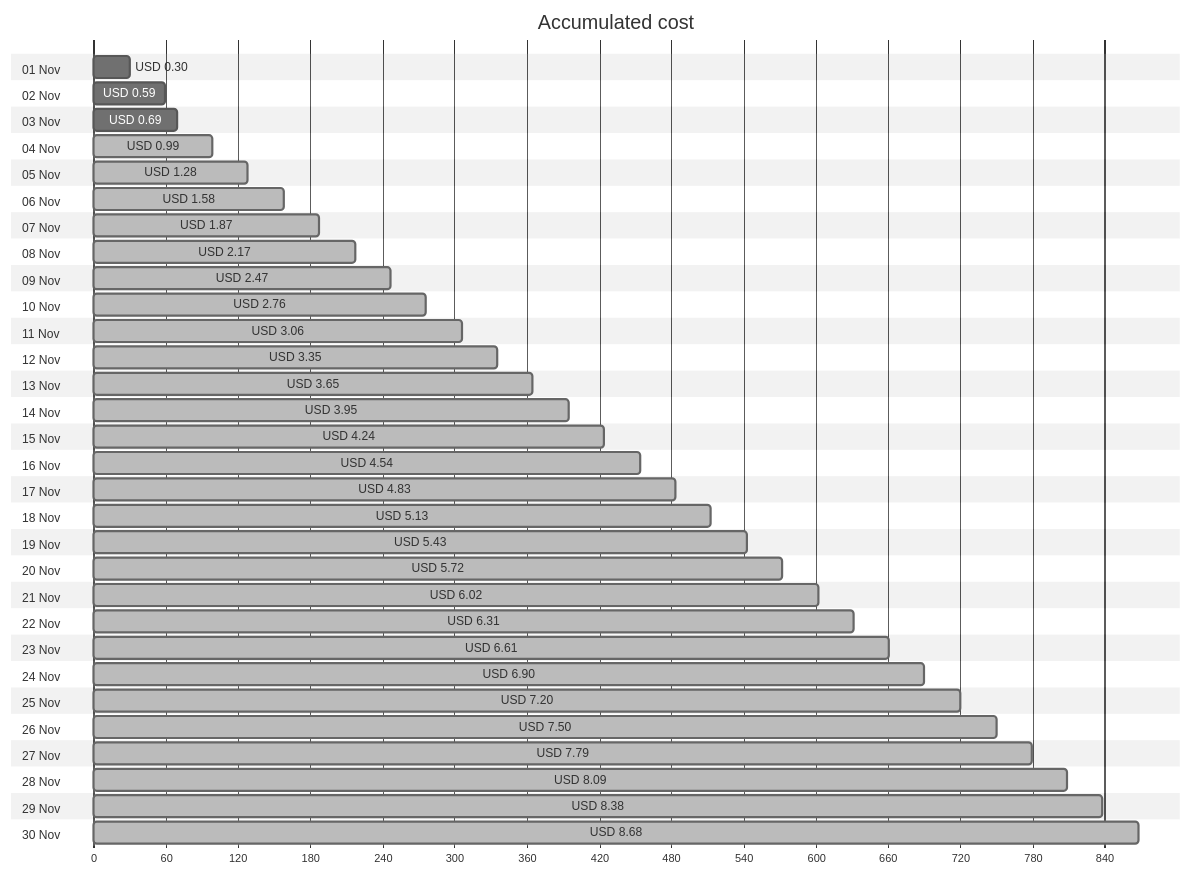
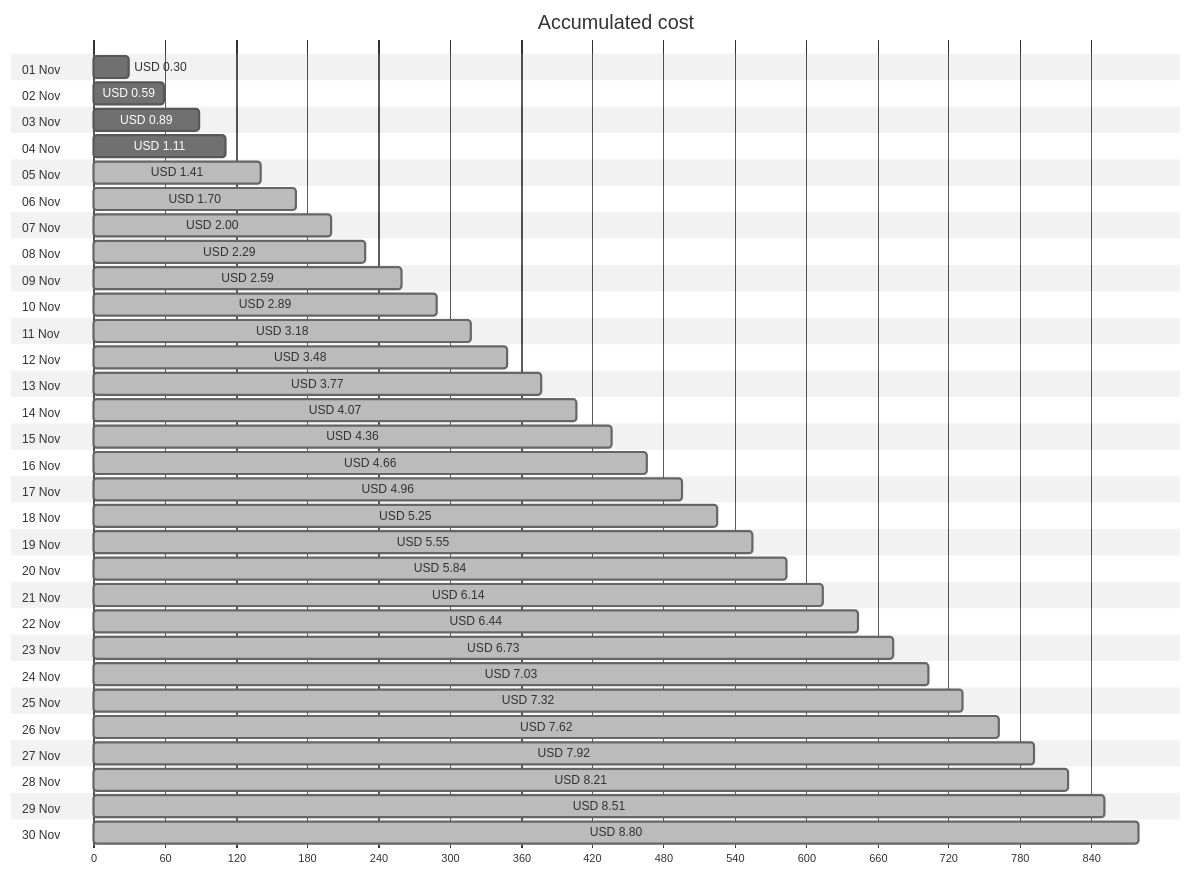
Before and after one commit to jpfulton/azure-personal-reports: the first of 4 diagrams in cost-reports/personal-site/personal-site.md, drawn with Mermaid (neutral theme). The commit also changed other lines of this file and 6 other files, not shown here.

````diff
--- a/cost-reports/personal-site/personal-site.md
+++ b/cost-reports/personal-site/personal-site.md
@@ -20,66 +20,66 @@
 ```mermaid
 gantt
    title Accumulated cost
    dateFormat  X
    axisFormat %s
    section 01 Nov
    USD 0.30 :0, 30
    section 02 Nov
    USD 0.59 :0, 59
    section 03 Nov
-   USD 0.69 :0, 69
+   USD 0.89 :0, 89
    section 04 Nov
-   USD 0.99 : done, 0, 99
+   USD 1.11 :0, 111
    section 05 Nov
-   USD 1.28 : done, 0, 128
+   USD 1.41 : done, 0, 141
    section 06 Nov
-   USD 1.58 : done, 0, 158
+   USD 1.70 : done, 0, 170
    section 07 Nov
-   USD 1.87 : done, 0, 187
+   USD 2.00 : done, 0, 200
    section 08 Nov
-   USD 2.17 : done, 0, 217
+   USD 2.29 : done, 0, 229
    section 09 Nov
-   USD 2.47 : done, 0, 247
+   USD 2.59 : done, 0, 259
    section 10 Nov
-   USD 2.76 : done, 0, 276
+   USD 2.89 : done, 0, 289
    section 11 Nov
-   USD 3.06 : done, 0, 306
+   USD 3.18 : done, 0, 318
    section 12 Nov
-   USD 3.35 : done, 0, 335
+   USD 3.48 : done, 0, 348
    section 13 Nov
-   USD 3.65 : done, 0, 365
+   USD 3.77 : done, 0, 377
    section 14 Nov
-   USD 3.95 : done, 0, 395
+   USD 4.07 : done, 0, 407
    section 15 Nov
-   USD 4.24 : done, 0, 424
+   USD 4.36 : done, 0, 436
    section 16 Nov
-   USD 4.54 : done, 0, 454
+   USD 4.66 : done, 0, 466
    section 17 Nov
-   USD 4.83 : done, 0, 483
+   USD 4.96 : done, 0, 496
    section 18 Nov
-   USD 5.13 : done, 0, 513
+   USD 5.25 : done, 0, 525
    section 19 Nov
-   USD 5.43 : done, 0, 543
+   USD 5.55 : done, 0, 555
    section 20 Nov
-   USD 5.72 : done, 0, 572
+   USD 5.84 : done, 0, 584
    section 21 Nov
-   USD 6.02 : done, 0, 602
+   USD 6.14 : done, 0, 614
    section 22 Nov
-   USD 6.31 : done, 0, 631
+   USD 6.44 : done, 0, 644
    section 23 Nov
-   USD 6.61 : done, 0, 661
+   USD 6.73 : done, 0, 673
    section 24 Nov
-   USD 6.90 : done, 0, 690
+   USD 7.03 : done, 0, 703
    section 25 Nov
-   USD 7.20 : done, 0, 720
+   USD 7.32 : done, 0, 732
    section 26 Nov
-   USD 7.50 : done, 0, 750
+   USD 7.62 : done, 0, 762
    section 27 Nov
-   USD 7.79 : done, 0, 779
+   USD 7.92 : done, 0, 792
    section 28 Nov
-   USD 8.09 : done, 0, 809
+   USD 8.21 : done, 0, 821
    section 29 Nov
-   USD 8.38 : done, 0, 838
+   USD 8.51 : done, 0, 851
    section 30 Nov
-   USD 8.68 : done, 0, 868
+   USD 8.80 : done, 0, 880
 ```
````
